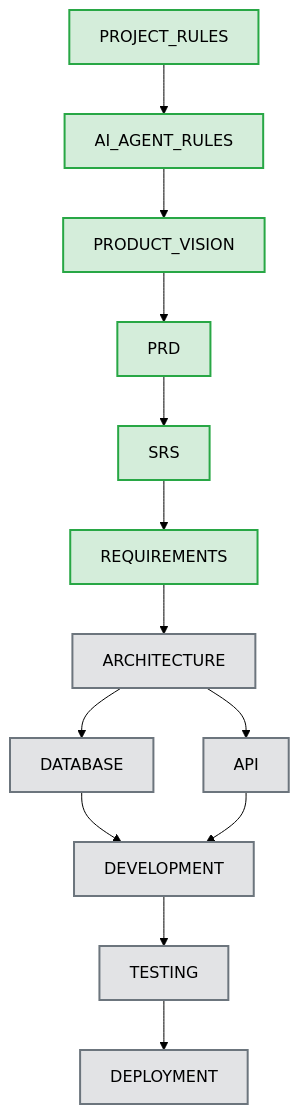
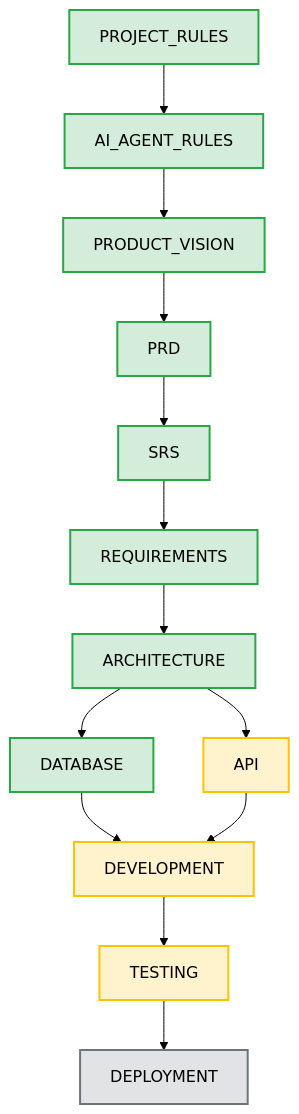
Before and after one commit to DoubleFo20/EV-Jarvis: the diagram in docs/01_Project_Management/MASTER_CONTEXT.md, drawn with Mermaid (forest theme). The commit also changed other lines of this file and 8 other files, not shown here.

````diff
--- a/docs/01_Project_Management/MASTER_CONTEXT.md
+++ b/docs/01_Project_Management/MASTER_CONTEXT.md
@@ -140,29 +136,30 @@
 ```mermaid
 flowchart TD
     %% Phase 1: Project Setup
     PR[PROJECT_RULES] --> AIR[AI_AGENT_RULES]
     
     %% Phase 2: Requirements
     AIR --> PV[PRODUCT_VISION]
     PV --> PRD[PRD]
     PRD --> SRS[SRS]
     SRS --> REQ[REQUIREMENTS]
     
     %% Phase 3: Architecture
     REQ --> ARCH[ARCHITECTURE]
     ARCH --> DB[DATABASE]
     ARCH --> API[API]
     
     %% Phase 4: Implementation
     DB --> DEV[DEVELOPMENT]
     API --> DEV[DEVELOPMENT]
     DEV --> TEST[TESTING]
     TEST --> DEPLOY[DEPLOYMENT]
     
     classDef complete fill:#d4edda,stroke:#28a745,stroke-width:2px;
     classDef inprogress fill:#fff3cd,stroke:#ffc107,stroke-width:2px;
     classDef pending fill:#e2e3e5,stroke:#6c757d,stroke-width:2px;
     
-    class PR,AIR,PV,PRD,SRS,REQ complete;
-    class ARCH,DB,API,DEV,TEST,DEPLOY pending;
+    class PR,AIR,PV,PRD,SRS,REQ,ARCH,DB complete;
+    class API,DEV,TEST inprogress;
+    class DEPLOY pending;
 ```
````
